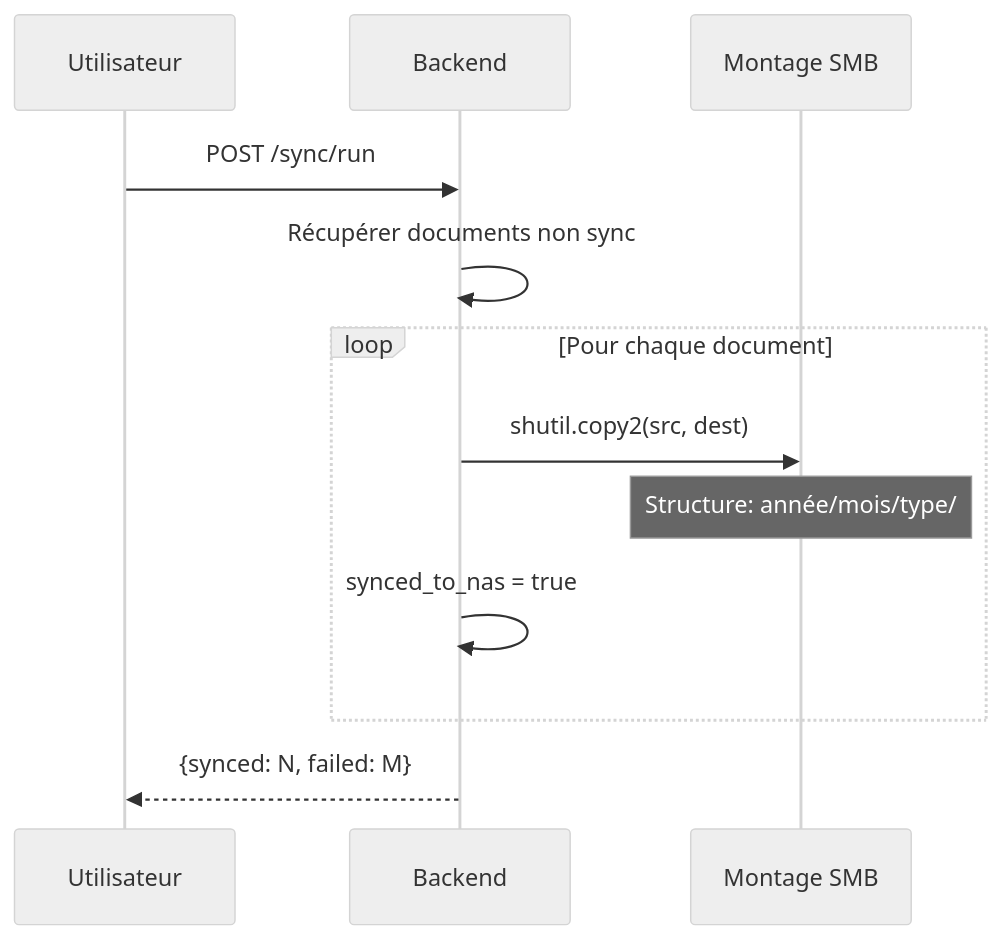
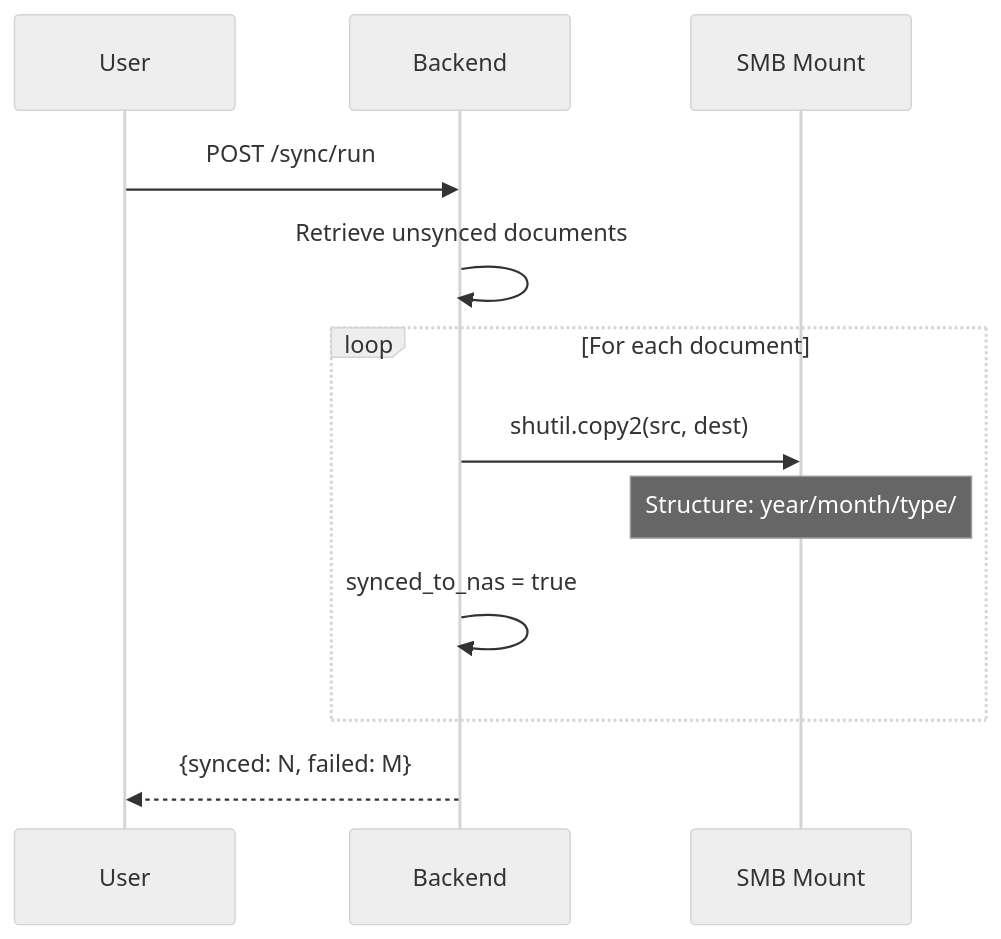
Before and after one commit to R0b-1ns/Kash: the second of 2 diagrams in docs_src/architecture/overview.md, drawn with Mermaid (neutral theme). The commit also changed other lines of this file and 35 other files, not shown here.

````diff
--- a/docs_src/architecture/overview.md
+++ b/docs_src/architecture/overview.md
@@ -129,15 +129,15 @@
 ```mermaid
 sequenceDiagram
-    participant U as Utilisateur
+    participant U as User
     participant B as Backend
-    participant NAS as Montage SMB
+    participant NAS as SMB Mount
 
     U->>B: POST /sync/run
-    B->>B: Récupérer documents non sync
-    loop Pour chaque document
+    B->>B: Retrieve unsynced documents
+    loop For each document
         B->>NAS: shutil.copy2(src, dest)
-        Note over NAS: Structure: année/mois/type/
+        Note over NAS: Structure: year/month/type/
         B->>B: synced_to_nas = true
     end
     B-->>U: {synced: N, failed: M}
 ```
````
